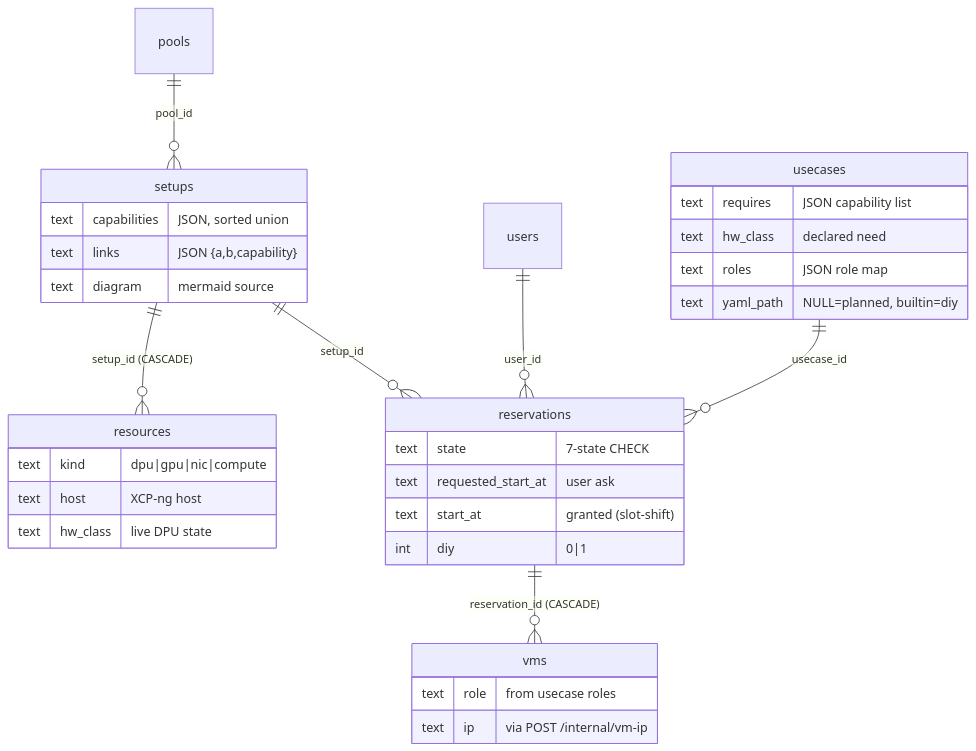
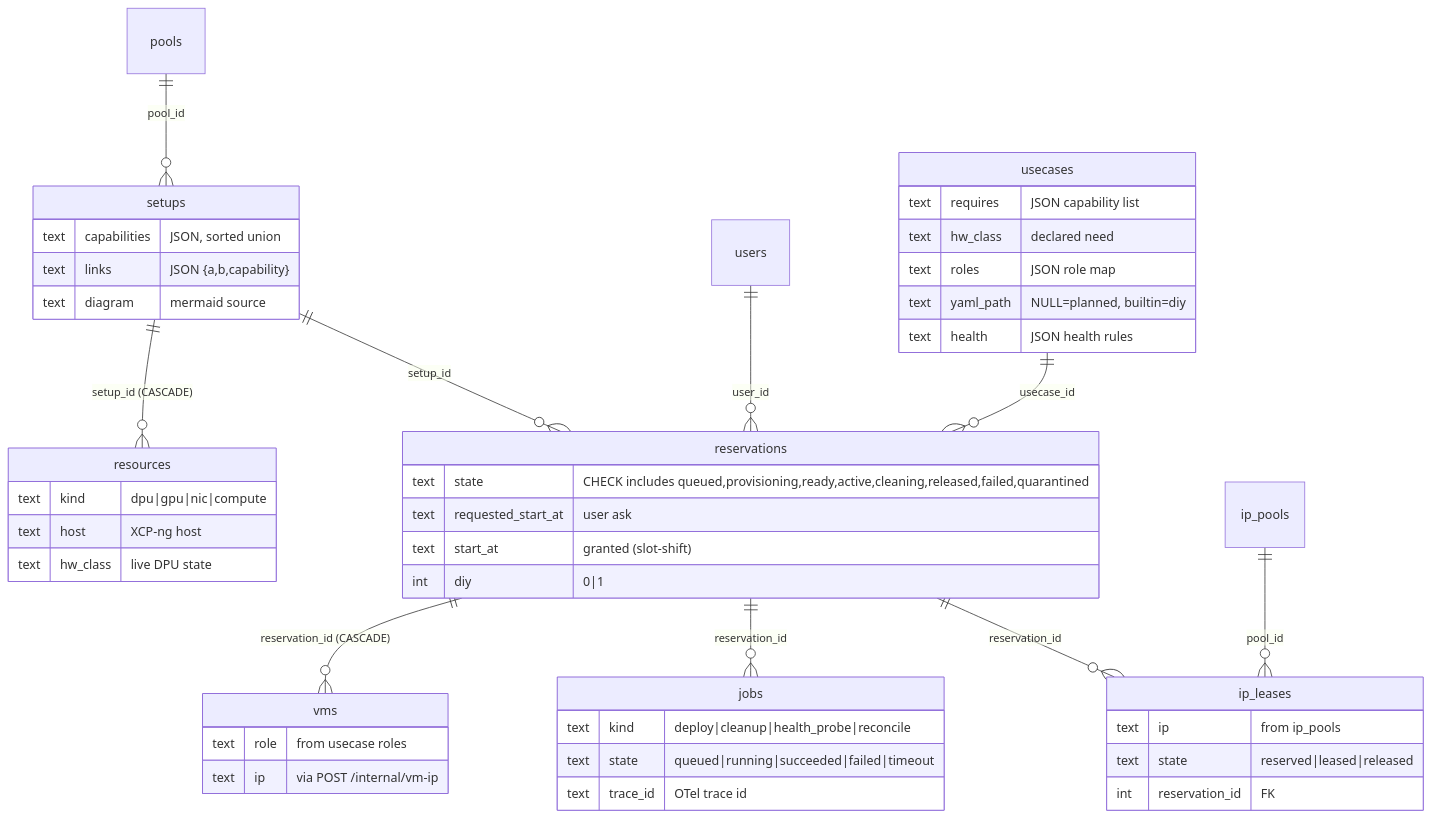
One commit to hrushikesh-sam/dao-lab-selfserve changed the diagram in plan/01-domain-model.md. Above: the diagram before and after it, drawn with Mermaid. The commit also changed other lines of this file and 9 other files, not shown here.

````diff
--- a/plan/01-domain-model.md
+++ b/plan/01-domain-model.md
@@ -17,36 +13,50 @@
 ```mermaid
 erDiagram
     pools ||--o{ setups : "pool_id"
     setups ||--o{ resources : "setup_id (CASCADE)"
     users ||--o{ reservations : "user_id"
     usecases ||--o{ reservations : "usecase_id"
     setups ||--o{ reservations : "setup_id"
     reservations ||--o{ vms : "reservation_id (CASCADE)"
+    reservations ||--o{ jobs : "reservation_id"
+    ip_pools ||--o{ ip_leases : "pool_id"
+    reservations ||--o{ ip_leases : "reservation_id"
 
     setups {
         text capabilities "JSON, sorted union"
         text links "JSON {a,b,capability}"
         text diagram "mermaid source"
     }
     resources {
         text kind "dpu|gpu|nic|compute"
         text host "XCP-ng host"
         text hw_class "live DPU state"
     }
     usecases {
         text requires "JSON capability list"
         text hw_class "declared need"
         text roles "JSON role map"
         text yaml_path "NULL=planned, builtin=diy"
+        text health "JSON health rules"
     }
     reservations {
-        text state "7-state CHECK"
+        text state "CHECK includes queued,provisioning,ready,active,cleaning,released,failed,quarantined"
         text requested_start_at "user ask"
         text start_at "granted (slot-shift)"
         int diy "0|1"
     }
     vms {
         text role "from usecase roles"
         text ip "via POST /internal/vm-ip"
     }
+    jobs {
+        text kind "deploy|cleanup|health_probe|reconcile"
+        text state "queued|running|succeeded|failed|timeout"
+        text trace_id "OTel trace id"
+    }
+    ip_leases {
+        text ip "from ip_pools"
+        text state "reserved|leased|released"
+        int reservation_id "FK"
+    }
 ```
````
